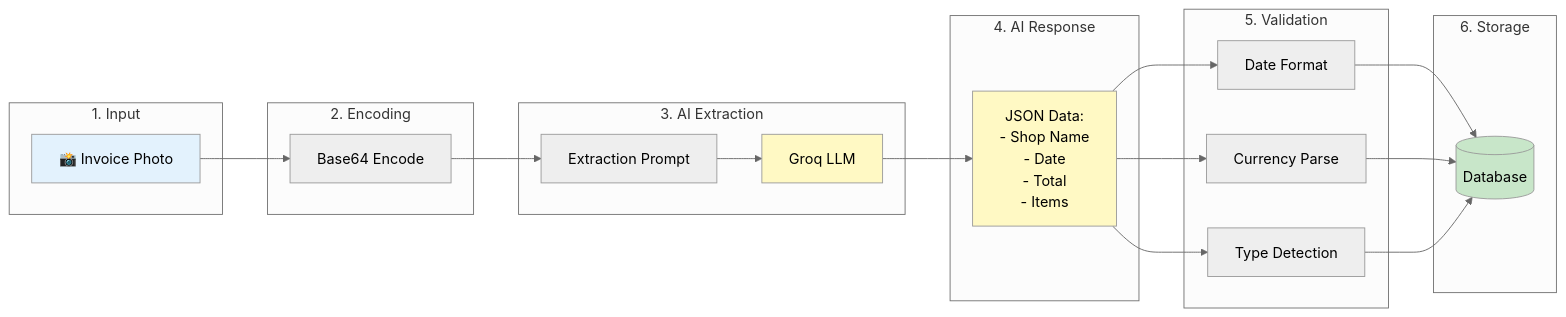
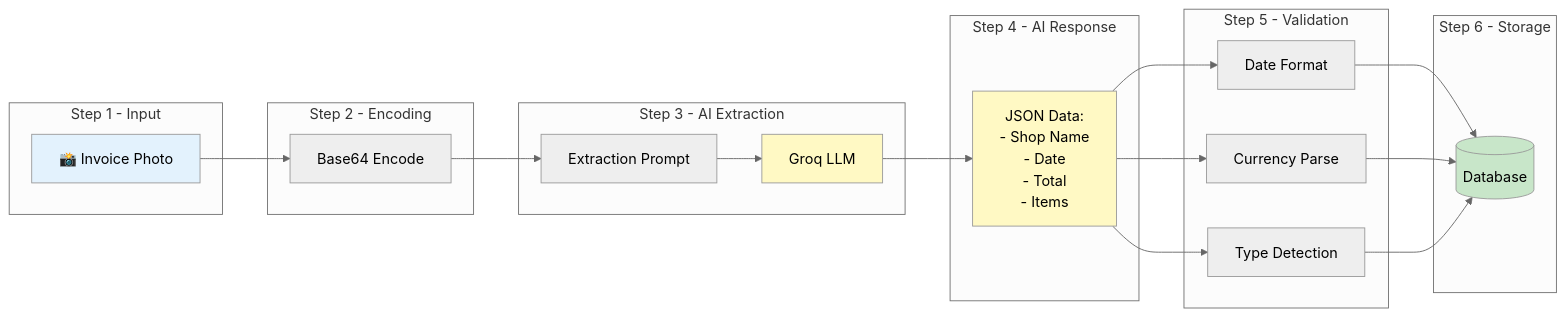
One commit to daruoktab/hackathon changed the fourth of 9 diagrams in invoice_rag/WORKFLOW_OVERVIEW.md. Above: the diagram before and after it, drawn with Mermaid (neutral theme).

Commit message:
docs: update AI processing pipeline steps for clarity and consistency

````diff
--- a/invoice_rag/WORKFLOW_OVERVIEW.md
+++ b/invoice_rag/WORKFLOW_OVERVIEW.md
@@ -175,47 +175,47 @@
 ```mermaid
 graph LR
-    subgraph "1. Input"
+    subgraph "Step 1 - Input"
         IMG[📸 Invoice Photo]
     end
     
-    subgraph "2. Encoding"
+    subgraph "Step 2 - Encoding"
         B64[Base64 Encode]
     end
     
-    subgraph "3. AI Extraction"
+    subgraph "Step 3 - AI Extraction"
         LLM[Groq LLM]
         PROMPT[Extraction Prompt]
     end
     
-    subgraph "4. AI Response"
+    subgraph "Step 4 - AI Response"
         JSON[JSON Data:<br/>- Shop Name<br/>- Date<br/>- Total<br/>- Items]
     end
     
-    subgraph "5. Validation"
+    subgraph "Step 5 - Validation"
         V1[Date Format]
         V2[Currency Parse]
         V3[Type Detection]
     end
     
-    subgraph "6. Storage"
+    subgraph "Step 6 - Storage"
         DB[(Database)]
     end
     
     IMG --> B64
     B64 --> PROMPT
     PROMPT --> LLM
     LLM --> JSON
     
     JSON --> V1
     JSON --> V2
     JSON --> V3
     
     V1 --> DB
     V2 --> DB
     V3 --> DB
     
     style IMG fill:#e3f2fd
     style LLM fill:#fff9c4
     style JSON fill:#fff9c4
     style DB fill:#c8e6c9
 ```
````
